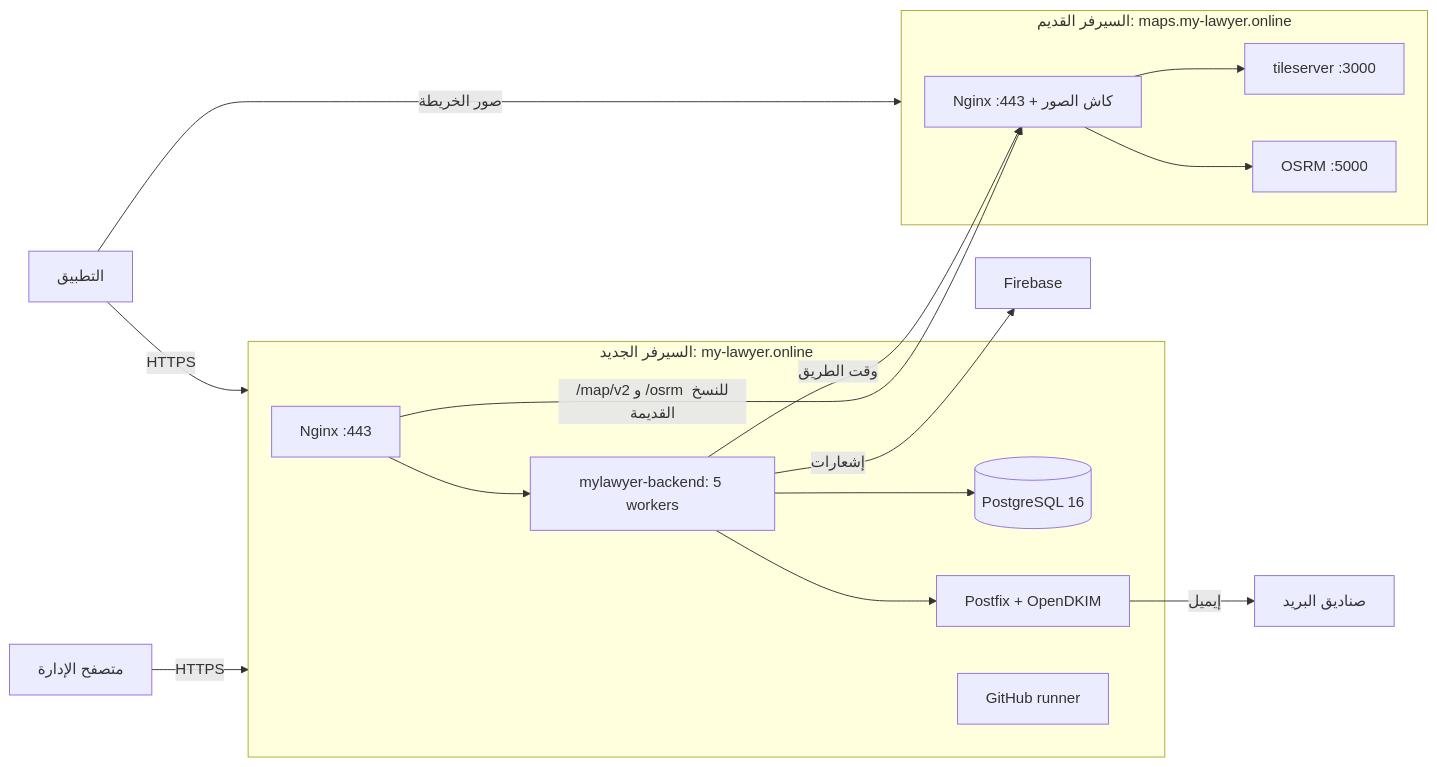
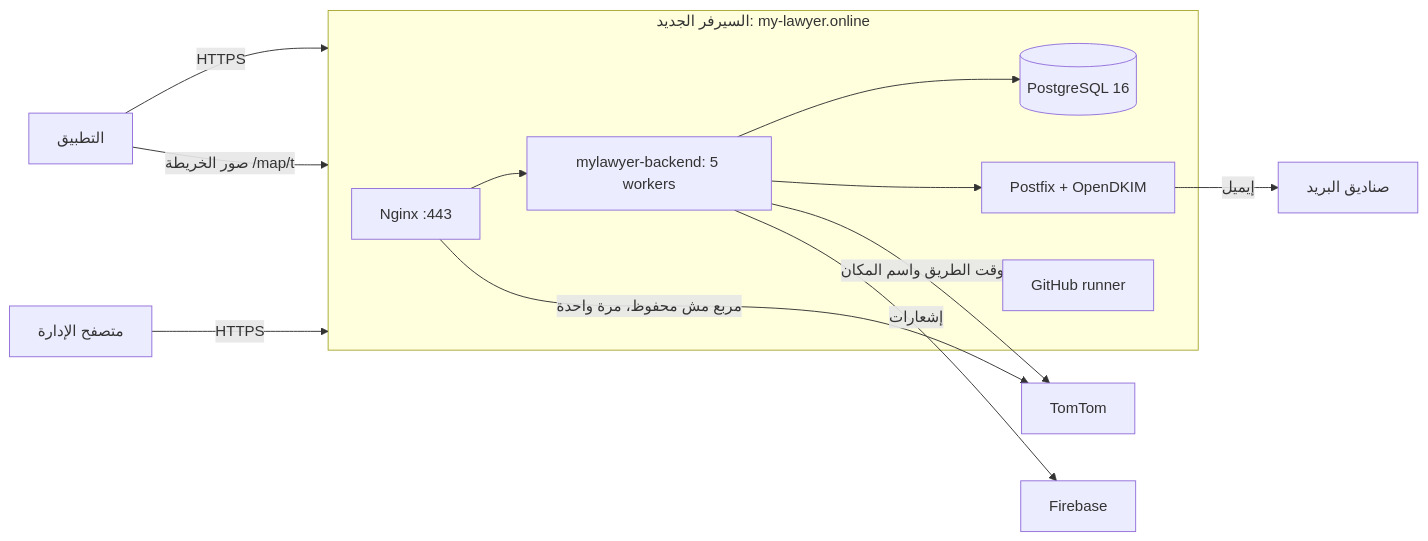
The diagram in docs/SERVER_ARCHITECTURE.md (same7samy00/MyLawyer-), drawn with Mermaid before and after one commit. The commit also changed other lines of this file and 47 other files, not shown here.

Commit message:
feat(map): pins far and compact one-piece lawyer cards close, app colours, stable private spots, realistic demo lawyers; remove the old map and nearby route

````diff
--- a/docs/SERVER_ARCHITECTURE.md
+++ b/docs/SERVER_ARCHITECTURE.md
@@ -6,20 +6,16 @@
 ```mermaid
 flowchart LR
   Phone[التطبيق] -- HTTPS --> API
   Admin[متصفح الإدارة] -- HTTPS --> API
-  Phone -- صور الخريطة --> MAPS
+  Phone -- صور الخريطة /map/t --> API
   subgraph API[السيرفر الجديد: my-lawyer.online]
     N1[Nginx :443] --> B[mylawyer-backend: 5 workers]
     B --> PG[(PostgreSQL 16)]
     B --> PF[Postfix + OpenDKIM]
     R[GitHub runner]
   end
-  subgraph MAPS[السيرفر القديم: maps.my-lawyer.online]
-    N2[Nginx :443 + كاش الصور] --> T[tileserver :3000]
-    N2 --> O[OSRM :5000]
-  end
-  B -- وقت الطريق --> N2
-  N1 -- /map/v2 و /osrm للنسخ القديمة --> N2
+  N1 -- مربع مش محفوظ، مرة واحدة --> TT[TomTom]
+  B -- وقت الطريق واسم المكان --> TT
   B -- إشعارات --> FCM[Firebase]
   PF -- إيميل --> Mail[صناديق البريد]
 ```
````
